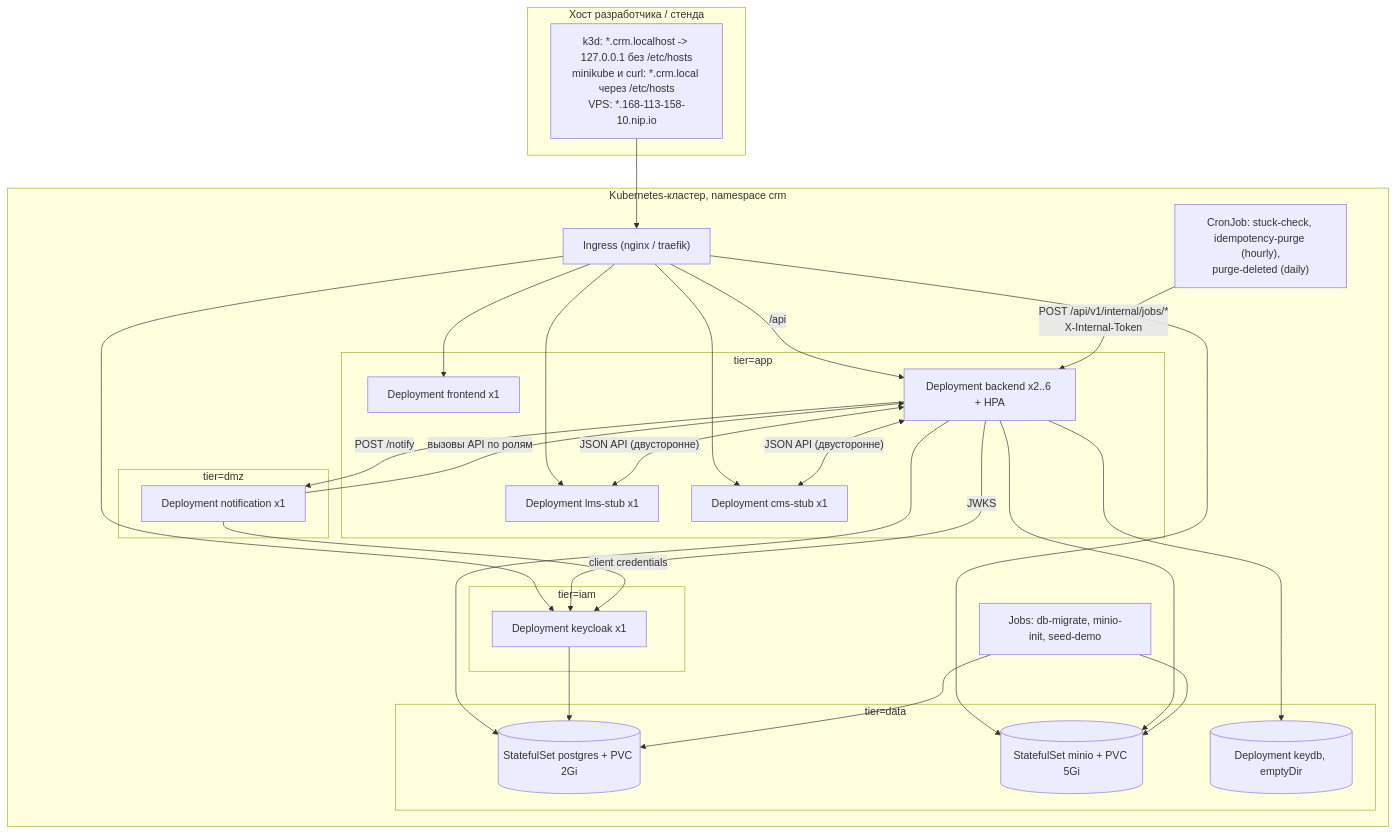
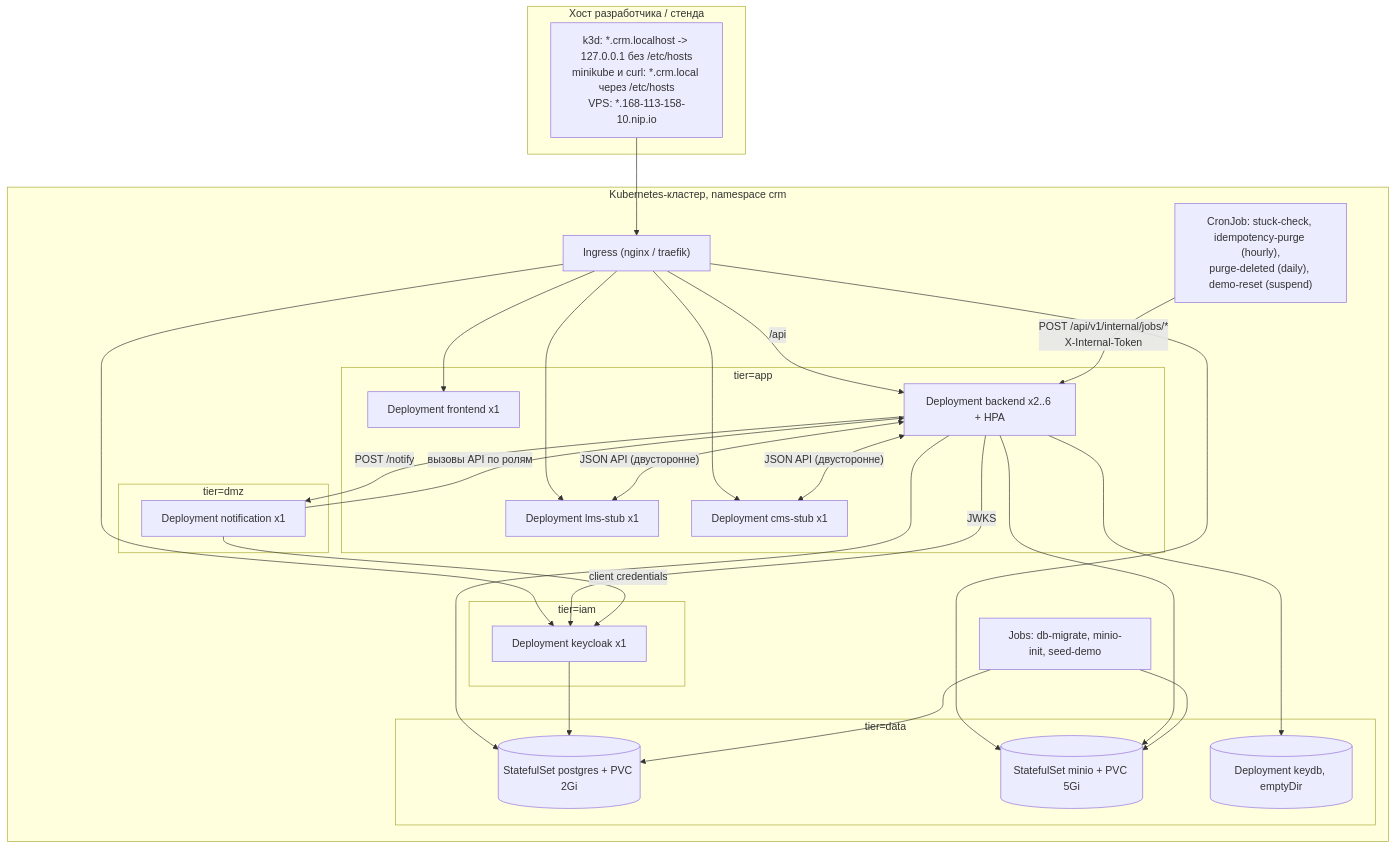
The first of 3 diagrams in docs/design/deployment.md (ilya2108/Collabse-LCT-Alma), drawn with Mermaid before and after one commit. The commit also changed other lines of this file and 25 other files, not shown here.

````diff
--- a/docs/design/deployment.md
+++ b/docs/design/deployment.md
@@ -309,48 +312,48 @@
 ```mermaid
 flowchart TB
     subgraph host["Хост разработчика / стенда"]
         HOSTS["k3d: *.crm.localhost -> 127.0.0.1 без /etc/hosts\nminikube и curl: *.crm.local через /etc/hosts\nVPS: *.168-113-158-10.nip.io"]
     end
     subgraph cluster["Kubernetes-кластер, namespace crm"]
         ING["Ingress (nginx / traefik)"]
         subgraph apps["tier=app"]
             FE["Deployment frontend x1"]
             BE["Deployment backend x2..6 + HPA"]
             LMS["Deployment lms-stub x1"]
             CMS["Deployment cms-stub x1"]
         end
         subgraph dmzseg["tier=dmz"]
             NT["Deployment notification x1"]
         end
         subgraph iam["tier=iam"]
             KC["Deployment keycloak x1"]
         end
         subgraph data["tier=data"]
             PG[("StatefulSet postgres + PVC 2Gi")]
             MC[("StatefulSet minio + PVC 5Gi")]
             KD[("Deployment keydb, emptyDir")]
         end
         JOBS["Jobs: db-migrate, minio-init, seed-demo"]
-        CRON["CronJob: stuck-check, idempotency-purge (hourly),\npurge-deleted (daily)"]
+        CRON["CronJob: stuck-check, idempotency-purge (hourly),\npurge-deleted (daily), demo-reset (suspend)"]
     end
     HOSTS --> ING
     ING --> FE
     ING -->|"/api"| BE
     ING --> KC
     ING --> LMS
     ING --> CMS
     ING --> MC
     BE --> PG
     BE --> MC
     BE --> KD
     BE -->|JWKS| KC
     BE <-->|"JSON API (двусторонне)"| LMS
     BE <-->|"JSON API (двусторонне)"| CMS
     BE -->|"POST /notify"| NT
     NT -->|"client credentials"| KC
     NT -->|"вызовы API по ролям"| BE
     KC --> PG
     JOBS --> PG
     JOBS --> MC
     CRON -->|"POST /api/v1/internal/jobs/*\nX-Internal-Token"| BE
 ```
````
